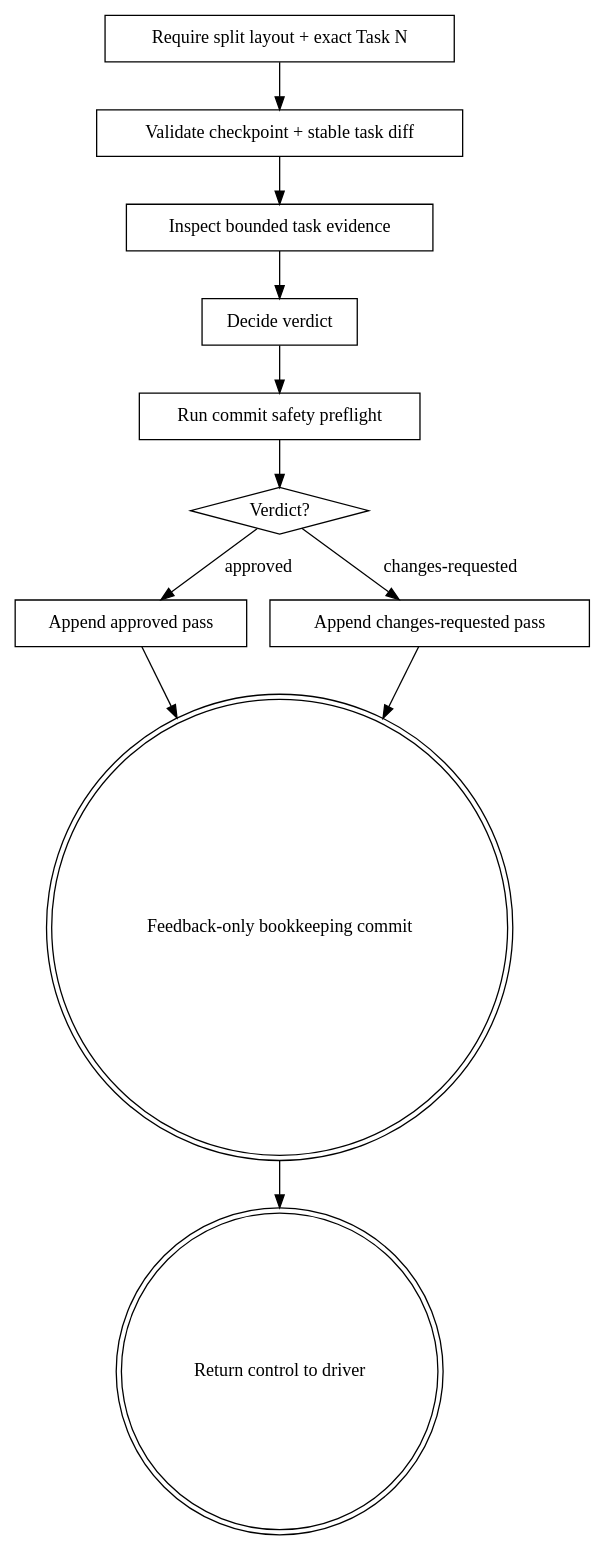
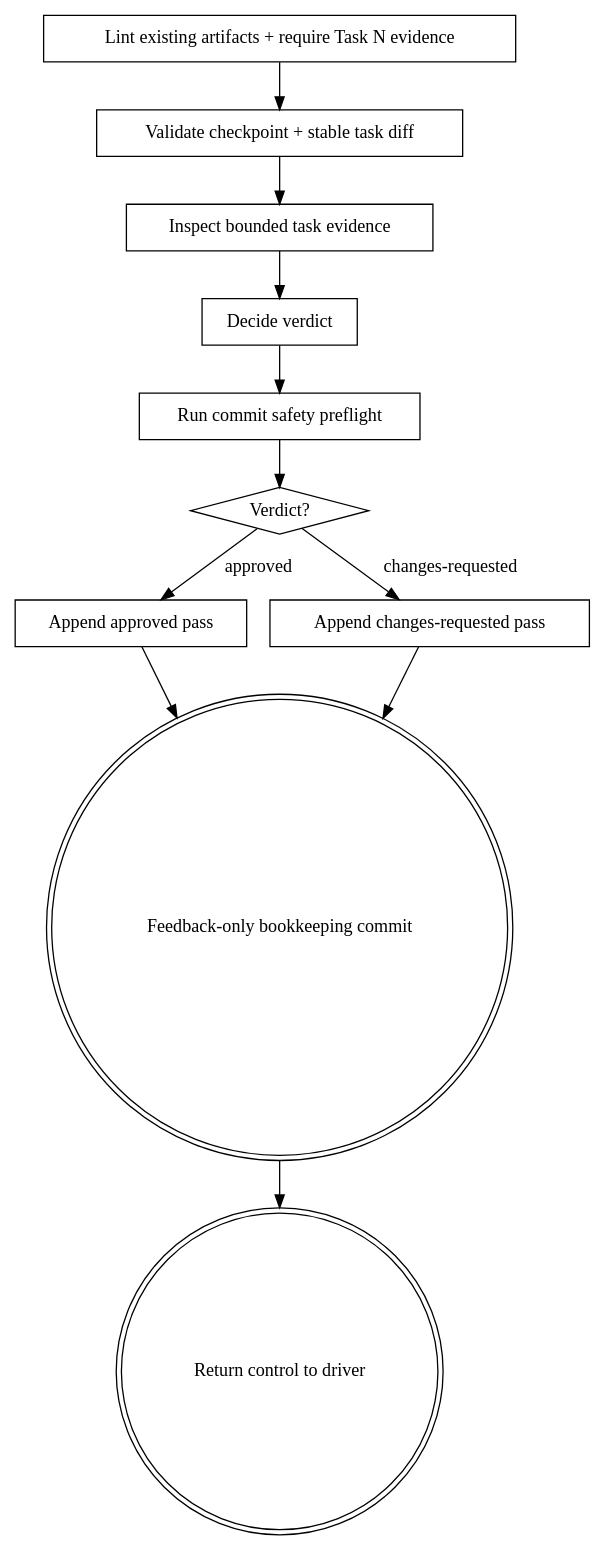
The diagram in skills/kepler-code-feedback/SKILL.md (caiorcferreira/hamilton), drawn with Graphviz before and after one commit. The commit also changed other lines of this file and 31 other files, not shown here.

````diff
--- a/skills/kepler-code-feedback/SKILL.md
+++ b/skills/kepler-code-feedback/SKILL.md
@@ -245,25 +243,25 @@
 ```dot
 digraph kepler_code_feedback {
-    "Require split layout + exact Task N" [shape=box];
+    "Lint existing artifacts + require Task N evidence" [shape=box];
     "Validate checkpoint + stable task diff" [shape=box];
     "Inspect bounded task evidence" [shape=box];
     "Decide verdict" [shape=box];
     "Run commit safety preflight" [shape=box];
     "Verdict?" [shape=diamond];
     "Append approved pass" [shape=box];
     "Append changes-requested pass" [shape=box];
     "Feedback-only bookkeeping commit" [shape=doublecircle];
     "Return control to driver" [shape=doublecircle];
 
-    "Require split layout + exact Task N" -> "Validate checkpoint + stable task diff";
+    "Lint existing artifacts + require Task N evidence" -> "Validate checkpoint + stable task diff";
     "Validate checkpoint + stable task diff" -> "Inspect bounded task evidence";
     "Inspect bounded task evidence" -> "Decide verdict";
     "Decide verdict" -> "Run commit safety preflight";
     "Run commit safety preflight" -> "Verdict?";
     "Verdict?" -> "Append approved pass" [label="approved"];
     "Verdict?" -> "Append changes-requested pass" [label="changes-requested"];
     "Append approved pass" -> "Feedback-only bookkeeping commit";
     "Append changes-requested pass" -> "Feedback-only bookkeeping commit";
     "Feedback-only bookkeeping commit" -> "Return control to driver";
 }
 ```
````
